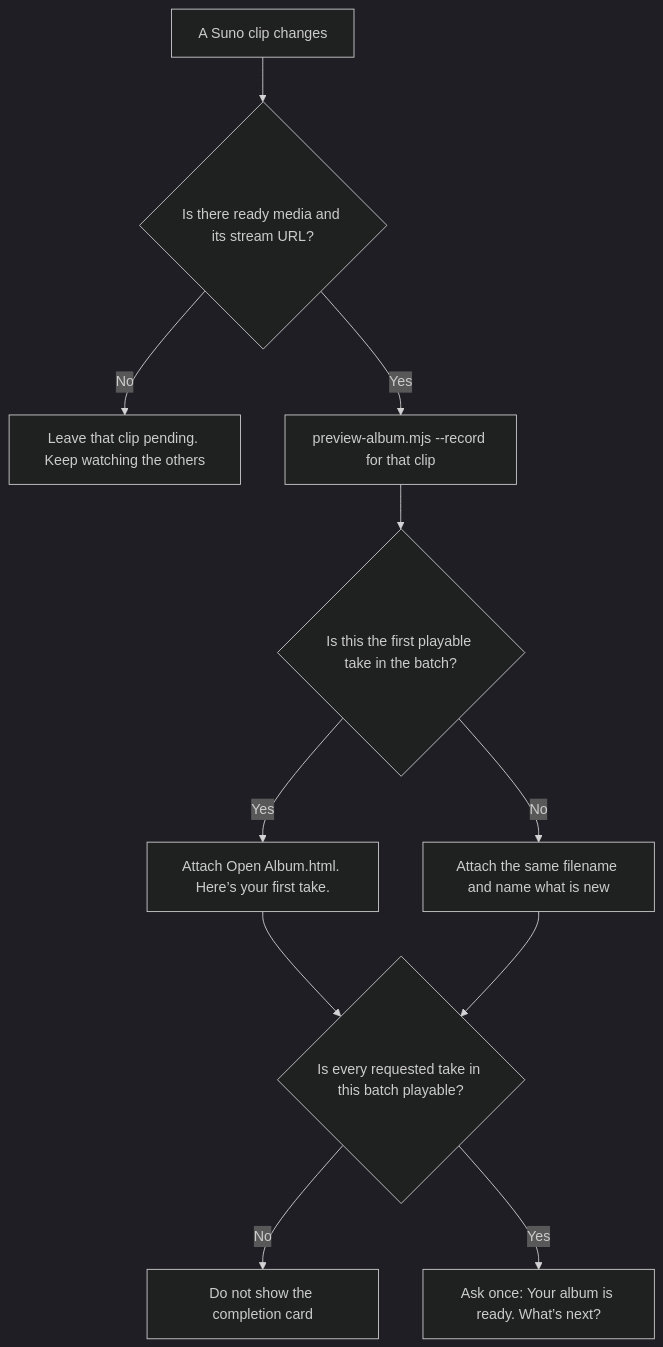
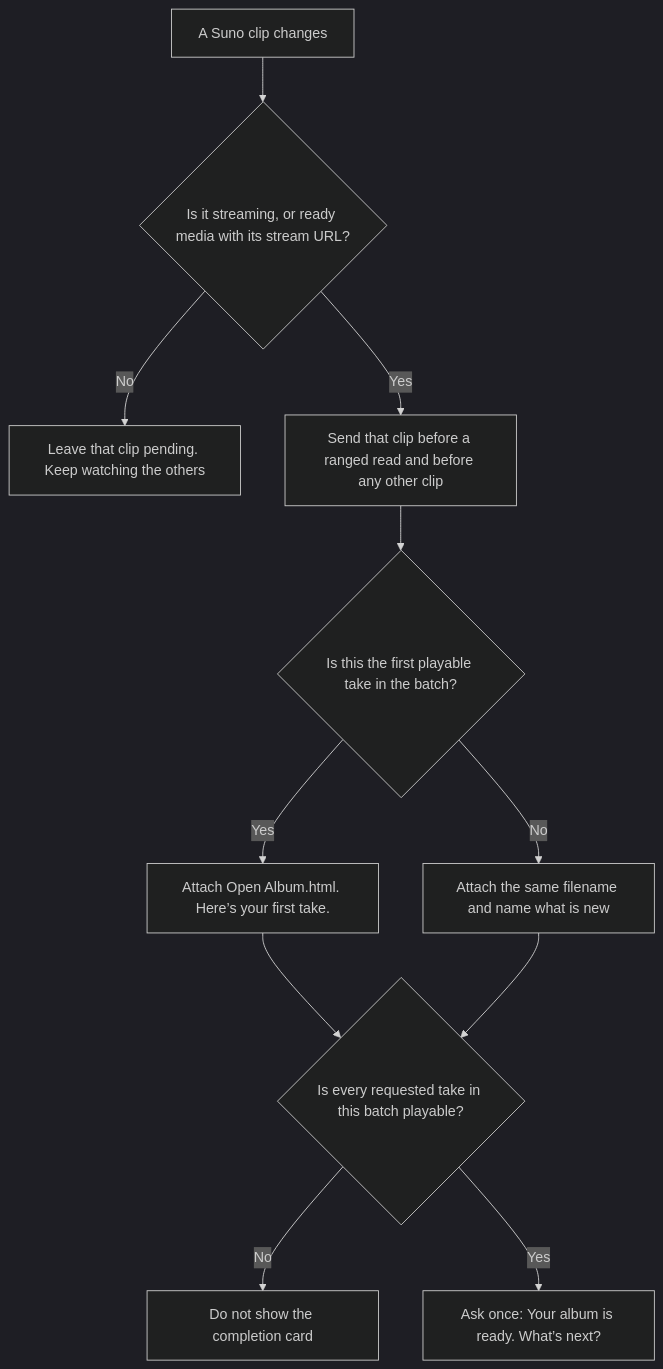
One commit to sashakhad/album-kit changed the fourth of 6 diagrams in docs/decision-charts.md. Above: the diagram before and after it, drawn with Mermaid (dark theme). The commit also changed 4 other files, not shown here.

````diff
--- a/docs/decision-charts.md
+++ b/docs/decision-charts.md
@@ -81,13 +81,13 @@
 ```mermaid
 flowchart TD
-  clip["A Suno clip changes"] --> ready{"Is there ready media and its stream URL?"}
+  clip["A Suno clip changes"] --> ready{"Is it streaming, or ready media with its stream URL?"}
   ready -->|No| wait["Leave that clip pending. Keep watching the others"]
-  ready -->|Yes| record["preview-album.mjs --record for that clip"]
+  ready -->|Yes| record["Send that clip before a ranged read and before any other clip"]
   record --> first{"Is this the first playable take in the batch?"}
   first -->|Yes| sendFirst["Attach Open Album.html. Here’s your first take."]
   first -->|No| sendMore["Attach the same filename and name what is new"]
   sendFirst --> done{"Is every requested take in this batch playable?"}
   sendMore --> done
   done -->|No| watch["Do not show the completion card"]
   done -->|Yes| card["Ask once: Your album is ready. What’s next?"]
 ```
````
